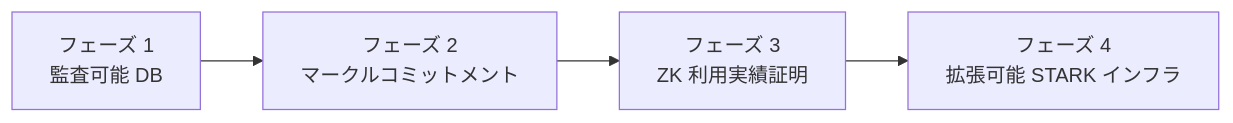
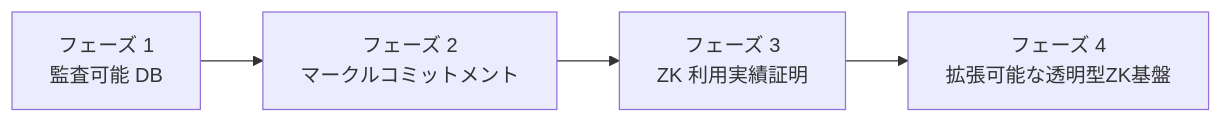
Before and after one commit to ShigeichiroYamasaki/creator-first-platform: diagram 15 of 47 in docs/whitepaper/12-infrastructure-cost.md, drawn with Mermaid. The commit also changed other lines of this file and 42 other files, not shown here.

Commit message:
Design production service architecture

````diff
--- a/docs/whitepaper/12-infrastructure-cost.md
+++ b/docs/whitepaper/12-infrastructure-cost.md
@@ -608,9 +608,9 @@
 ```mermaid
 flowchart LR
     P1[フェーズ 1<br/>監査可能 DB]
     P2[フェーズ 2<br/>マークルコミットメント]
     P3[フェーズ 3<br/>ZK 利用実績証明]
-    P4[フェーズ 4<br/>拡張可能 STARK インフラ]
+    P4[フェーズ 4<br/>拡張可能な透明型ZK基盤]
 
     P1 --> P2 --> P3 --> P4
 ```
````
